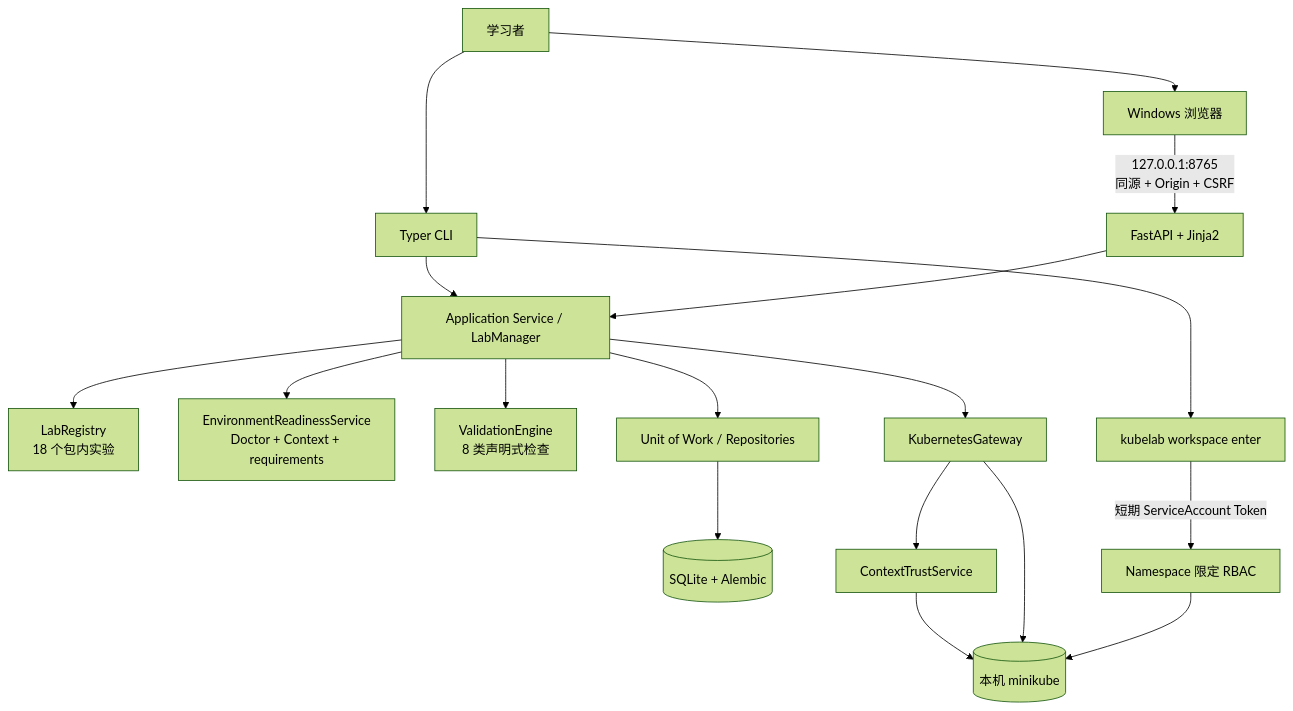
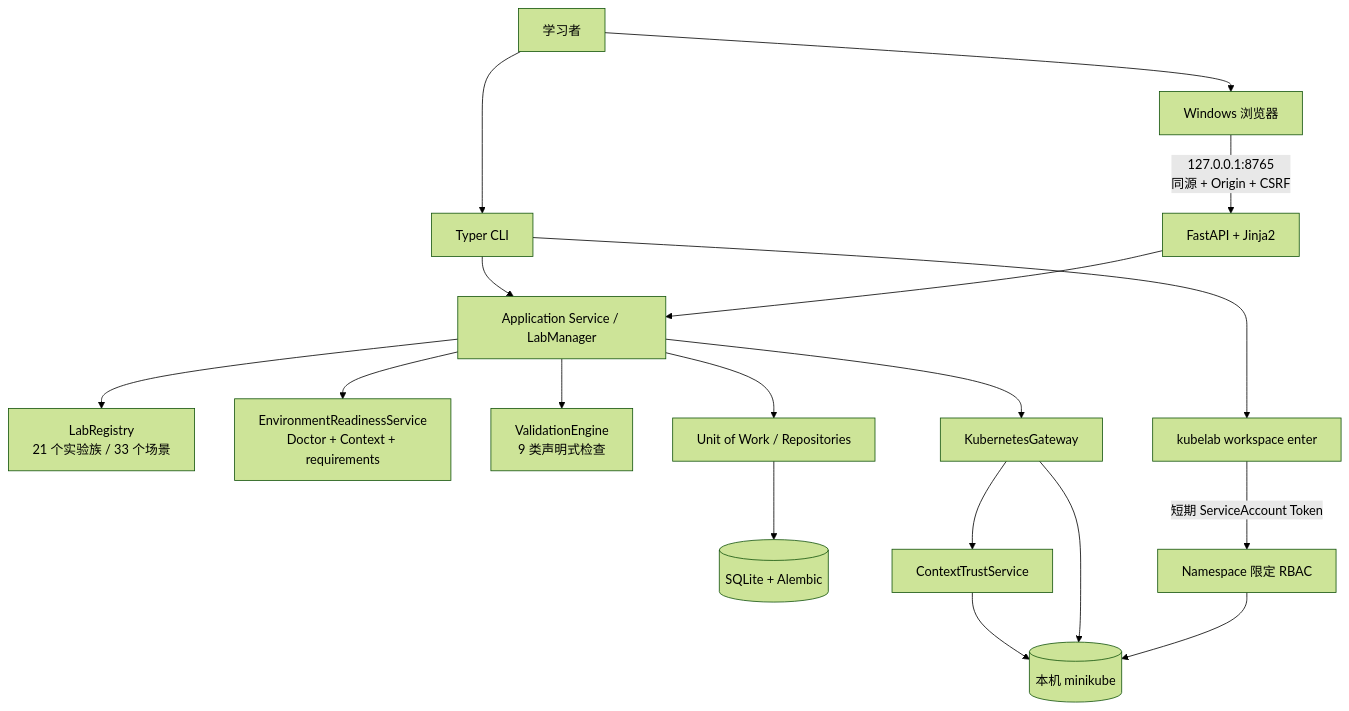
One commit to CaoJun1015/Kubelab changed the first of 2 diagrams in docs/ARCHITECTURE.md. Above: the diagram before and after it, drawn with Mermaid (forest theme). The commit also changed other lines of this file and 8 other files, not shown here.

````diff
--- a/docs/ARCHITECTURE.md
+++ b/docs/ARCHITECTURE.md
@@ -5,22 +5,22 @@
 ```mermaid
 flowchart TB
     User[学习者] --> CLI[Typer CLI]
     User --> Browser[Windows 浏览器]
     Browser -->|127.0.0.1:8765\n同源 + Origin + CSRF| Web[FastAPI + Jinja2]
     CLI --> App[Application Service / LabManager]
     Web --> App
 
-    App --> Registry[LabRegistry\n18 个包内实验]
+    App --> Registry[LabRegistry\n21 个实验族 / 33 个场景]
     App --> Ready[EnvironmentReadinessService\nDoctor + Context + requirements]
-    App --> Engine[ValidationEngine\n8 类声明式检查]
+    App --> Engine[ValidationEngine\n9 类声明式检查]
     App --> UoW[Unit of Work / Repositories]
     App --> Gateway[KubernetesGateway]
     UoW --> SQLite[(SQLite + Alembic)]
     Gateway --> Trust[ContextTrustService]
     Trust --> Minikube[(本机 minikube)]
     Gateway --> Minikube
 
     CLI --> Workspace[kubelab workspace enter]
     Workspace -->|短期 ServiceAccount Token| RBAC[Namespace 限定 RBAC]
     RBAC --> Minikube
 ```
````
